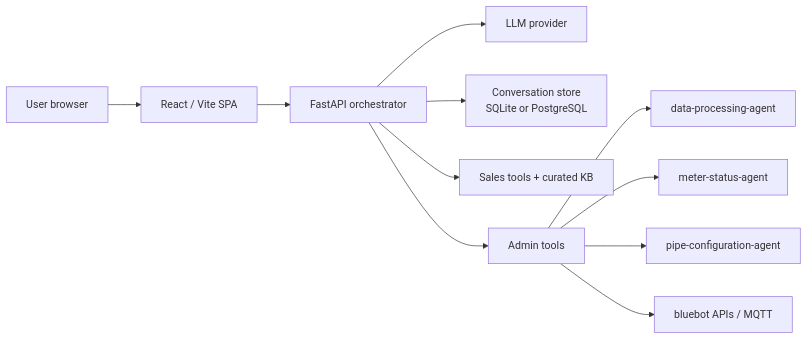
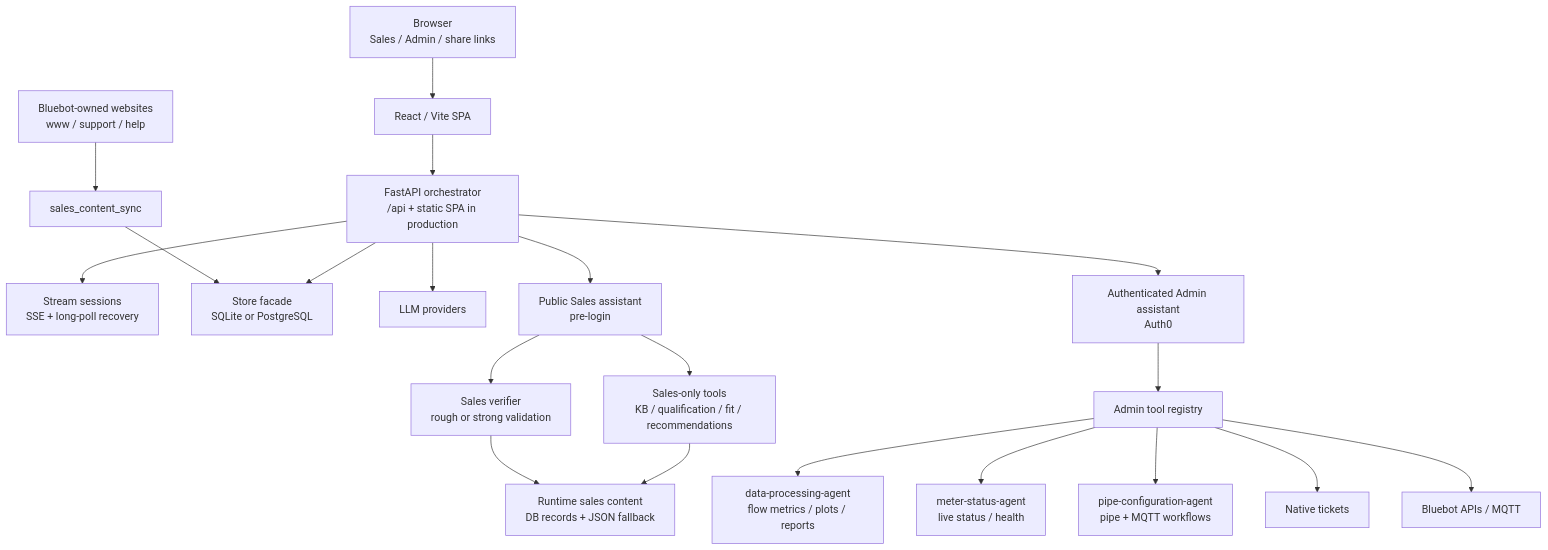
Before and after one commit to MichaelXiaoKun/meter-agent: the diagram in docs/architecture.md, drawn with Mermaid. The commit also changed other lines of this file and 4 other files, not shown here.

````diff
--- a/docs/architecture.md
+++ b/docs/architecture.md
@@ -17,13 +23,26 @@
 ```mermaid
-flowchart LR
-    User["User browser"] --> UI["React / Vite SPA"]
-    UI --> API["FastAPI orchestrator"]
-    API --> LLM["LLM provider"]
-    API --> Store["Conversation store<br>SQLite or PostgreSQL"]
-    API --> Sales["Sales tools + curated KB"]
-    API --> Admin["Admin tools"]
-    Admin --> Flow["data-processing-agent"]
-    Admin --> Status["meter-status-agent"]
-    Admin --> Pipe["pipe-configuration-agent"]
-    Admin --> Bluebot["bluebot APIs / MQTT"]
+flowchart TD
+    Browser["Browser<br>Sales / Admin / share links"] --> UI["React / Vite SPA"]
+    UI --> API["FastAPI orchestrator<br>/api + static SPA in production"]
+
+    API --> Streams["Stream sessions<br>SSE + long-poll recovery"]
+    API --> Store["Store facade<br>SQLite or PostgreSQL"]
+    API --> LLM["LLM providers"]
+
+    API --> Sales["Public Sales assistant<br>pre-login"]
+    Sales --> SalesTools["Sales-only tools<br>KB / qualification / fit / recommendations"]
+    Sales --> SalesVerifier["Sales verifier<br>rough or strong validation"]
+    SalesTools --> SalesContent["Runtime sales content<br>DB records + JSON fallback"]
+    SalesVerifier --> SalesContent
+
+    BluebotSites["Bluebot-owned websites<br>www / support / help"] --> Sync["sales_content_sync"]
+    Sync --> Store
+
+    API --> Admin["Authenticated Admin assistant<br>Auth0"]
+    Admin --> AdminTools["Admin tool registry"]
+    AdminTools --> Flow["data-processing-agent<br>flow metrics / plots / reports"]
+    AdminTools --> Status["meter-status-agent<br>live status / health"]
+    AdminTools --> Pipe["pipe-configuration-agent<br>pipe + MQTT workflows"]
+    AdminTools --> Tickets["Native tickets"]
+    AdminTools --> Bluebot["Bluebot APIs / MQTT"]
 ```
````
